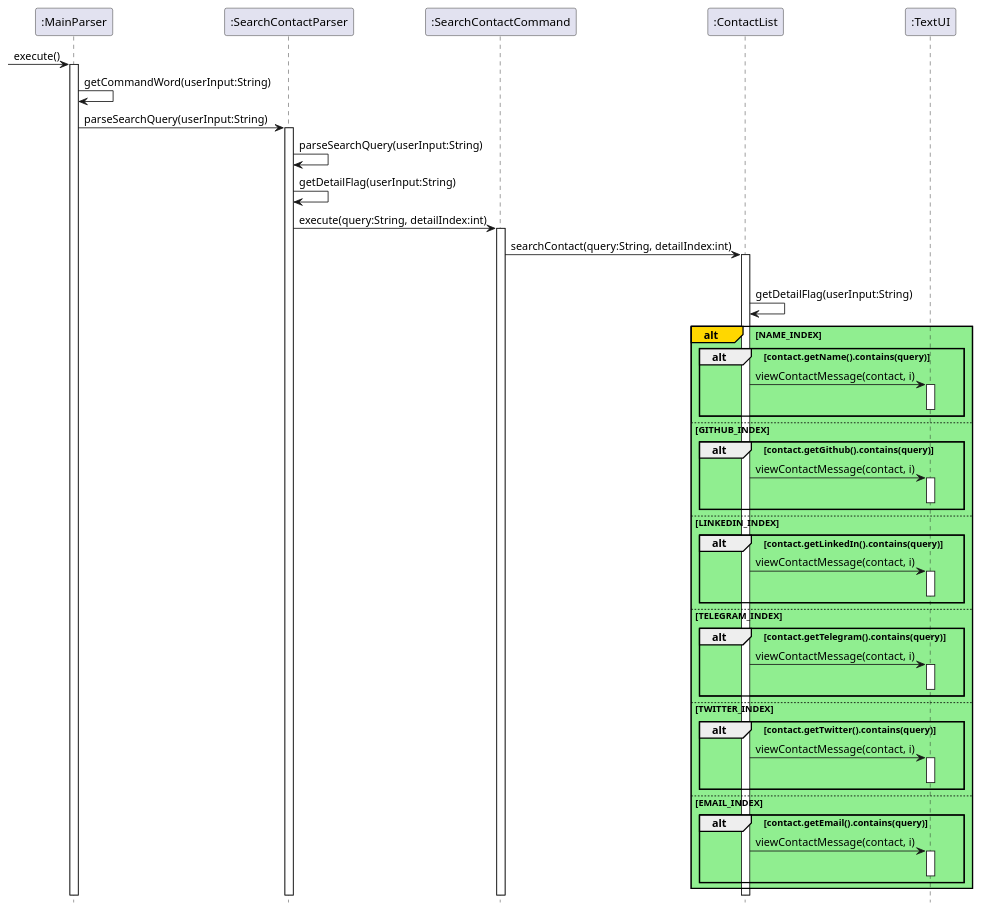
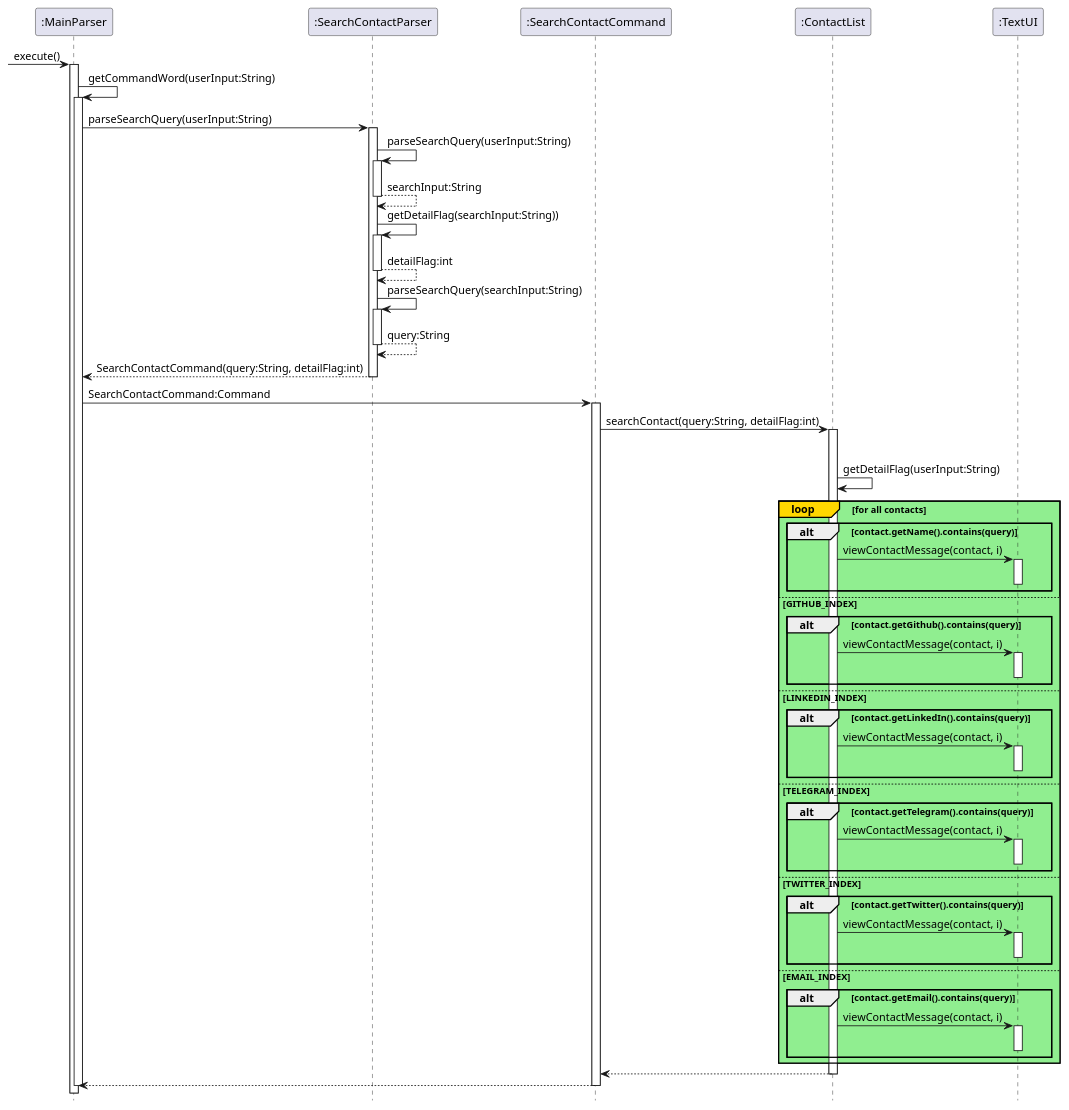
One commit to nus-cs2113-AY2122S1/tp changed the diagram in docs/diagrams/SearchContactCommand.puml. Above: the diagram before and after it, drawn with PlantUML.

Commit message:
Update search sequence diagram

```diff
--- a/docs/diagrams/SearchContactCommand.puml
+++ b/docs/diagrams/SearchContactCommand.puml
@@ -1,64 +1,89 @@
 @startuml
 hide footbox
 'https://plantuml.com/sequence-diagram
 
 -> ":MainParser": execute()
 activate ":MainParser"
 
 ":MainParser" -> ":MainParser" :getCommandWord(userInput:String)
+activate ":MainParser"
 ":MainParser" -> ":SearchContactParser" :parseSearchQuery(userInput:String)
 activate ":SearchContactParser"
 
 ":SearchContactParser" -> ":SearchContactParser" :parseSearchQuery(userInput:String)
-":SearchContactParser" -> ":SearchContactParser" :getDetailFlag(userInput:String)
+activate ":SearchContactParser"
+":SearchContactParser" --> ":SearchContactParser" :searchInput:String
+deactivate ":SearchContactParser"
+
+":SearchContactParser" -> ":SearchContactParser" :getDetailFlag(searchInput:String))
+activate ":SearchContactParser"
+":SearchContactParser" --> ":SearchContactParser" :detailFlag:int
+deactivate ":SearchContactParser"
+
+":SearchContactParser" -> ":SearchContactParser" :parseSearchQuery(searchInput:String)
+activate ":SearchContactParser"
+":SearchContactParser" --> ":SearchContactParser" :query:String
+deactivate ":SearchContactParser"
 
 
-":SearchContactParser" -> ":SearchContactCommand" : execute(query:String, detailIndex:int)
+":SearchContactParser" --> ":MainParser" : SearchContactCommand(query:String, detailFlag:int)
+deactivate ":SearchContactParser"
+
+":MainParser" -> ":SearchContactCommand" : SearchContactCommand:Command
 activate ":SearchContactCommand"
 
-":SearchContactCommand" -> ":ContactList" : searchContact(query:String, detailIndex:int)
+":SearchContactCommand" -> ":ContactList" : searchContact(query:String, detailFlag:int)
 activate ":ContactList"
 
 loop for all contacts
 ":ContactList" -> ":ContactList" :getDetailFlag(userInput:String)
-alt#gold #lightgreen NAME_INDEX
+loop#gold #lightgreen for all contacts
     alt contact.getName().contains(query)
     ":ContactList" -> ":TextUI" : viewContactMessage(contact, i)
     activate ":TextUI"
     deactivate ":TextUI"
     end
 
     else GITHUB_INDEX
     alt contact.getGithub().contains(query)
     ":ContactList" -> ":TextUI" : viewContactMessage(contact, i)
     activate ":TextUI"
     deactivate ":TextUI"
     end
 
     else LINKEDIN_INDEX
     alt contact.getLinkedIn().contains(query)
     ":ContactList" -> ":TextUI" : viewContactMessage(contact, i)
     activate ":TextUI"
     deactivate ":TextUI"
     end
 
     else TELEGRAM_INDEX
     alt contact.getTelegram().contains(query)
     ":ContactList" -> ":TextUI" : viewContactMessage(contact, i)
     activate ":TextUI"
     deactivate ":TextUI"
     end
     else TWITTER_INDEX
     alt contact.getTwitter().contains(query)
     ":ContactList" -> ":TextUI" : viewContactMessage(contact, i)
     activate ":TextUI"
     deactivate ":TextUI"
     end
     else EMAIL_INDEX
     alt contact.getEmail().contains(query)
     ":ContactList" -> ":TextUI" : viewContactMessage(contact, i)
     activate ":TextUI"
     deactivate ":TextUI"
     end end
 end
+
+":ContactList"-->":SearchContactCommand"
+deactivate ":ContactList"
+
+":SearchContactCommand"-->":MainParser"
+deactivate ":SearchContactCommand"
+deactivate ":MainParser"
+
+
 @enduml
```
